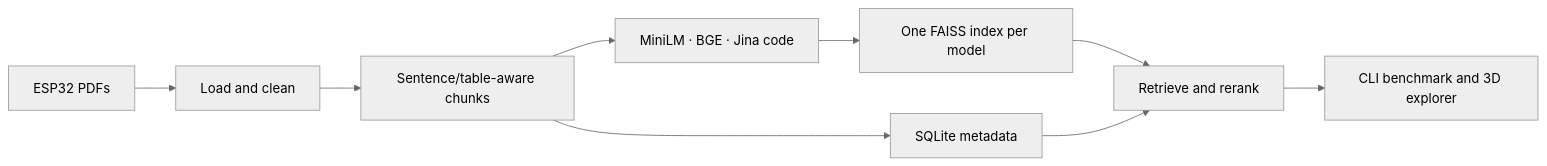
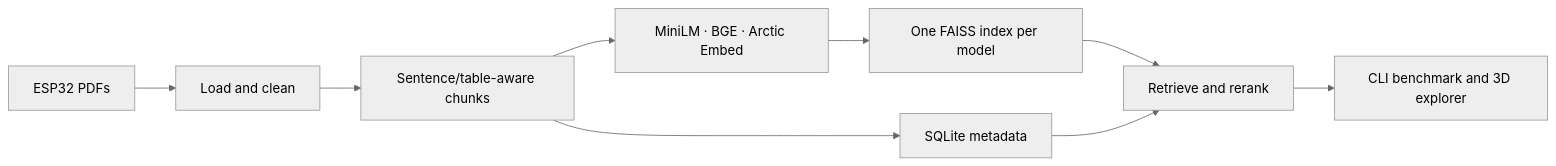
One commit to TomiHeikkinen96/Embedded-Rag-Evaluation-Platform changed the second of 2 diagrams in README.md. Above: the diagram before and after it, drawn with Mermaid (neutral theme). The commit also changed other lines of this file and 11 other files, not shown here.

````diff
--- a/README.md
+++ b/README.md
@@ -58,11 +58,11 @@
 ```mermaid
 flowchart LR
     PDF["ESP32 PDFs"] --> LOAD["Load and clean"]
     LOAD --> CHUNK["Sentence/table-aware chunks"]
-    CHUNK --> EMBED["MiniLM · BGE · Jina code"]
+    CHUNK --> EMBED["MiniLM · BGE · Arctic Embed"]
     EMBED --> FAISS["One FAISS index per model"]
     CHUNK --> SQLITE["SQLite metadata"]
     FAISS --> SEARCH["Retrieve and rerank"]
     SQLITE --> SEARCH
     SEARCH --> INSPECT["CLI benchmark and 3D explorer"]
 ```
````
